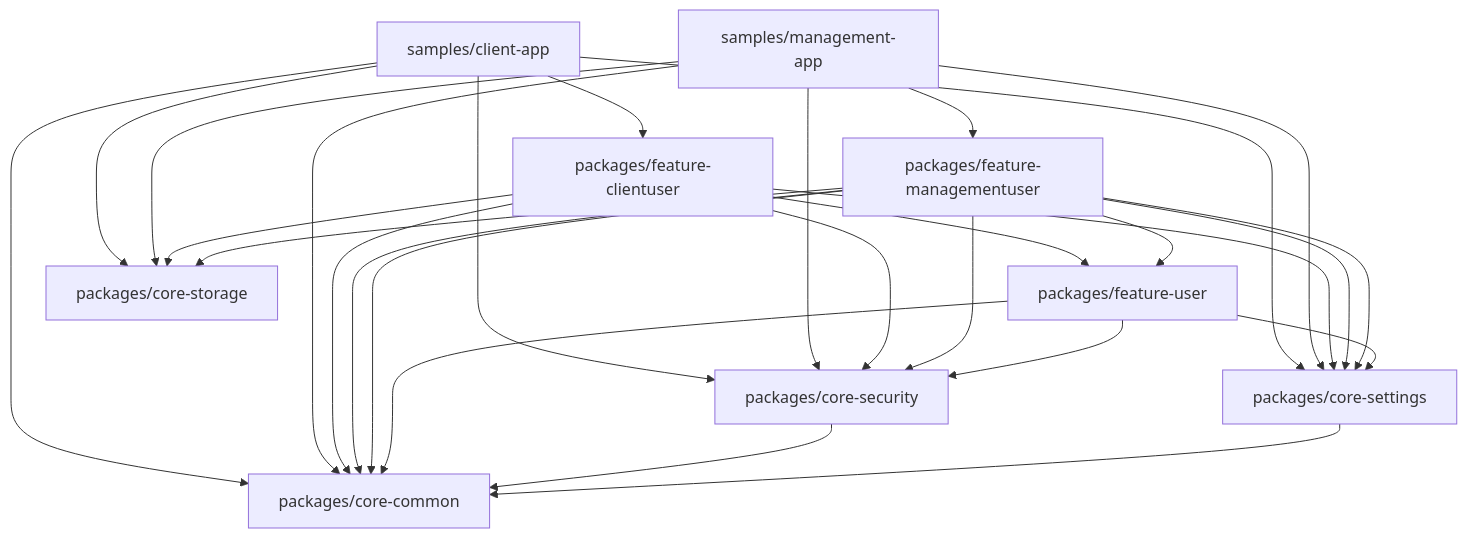
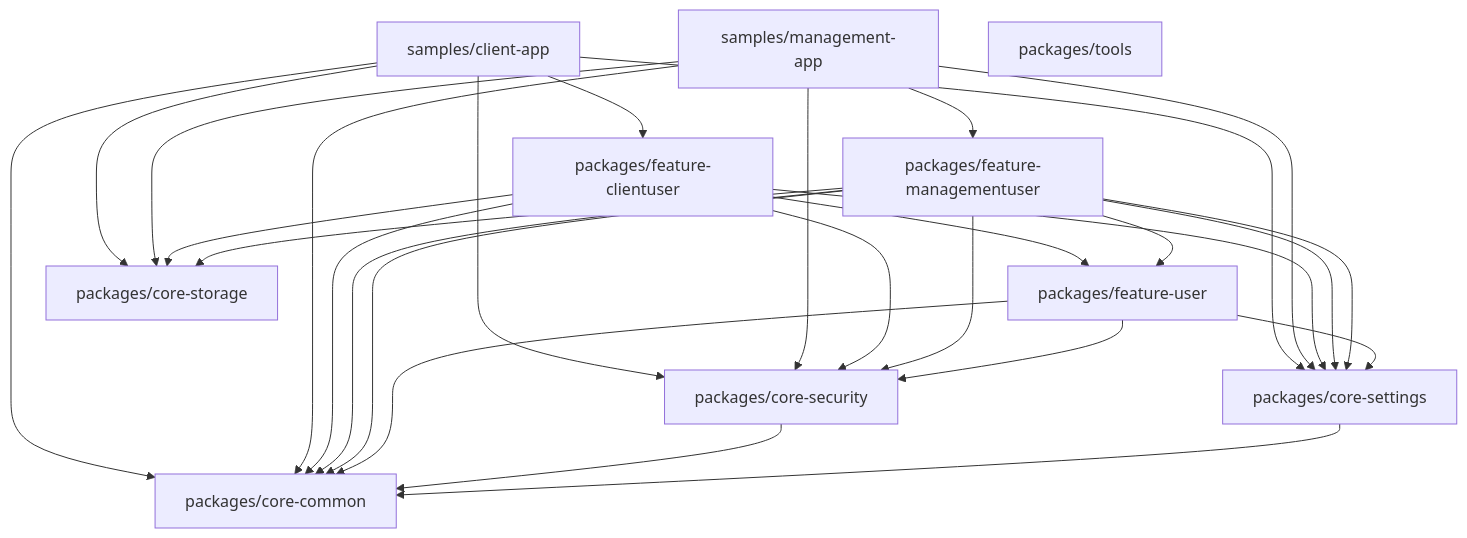
The second of 2 diagrams in ARCHITECTURE.md (mudrichenkoevgeny/web-platform-sdk), drawn with Mermaid before and after one commit. The commit also changed other lines of this file and 21 other files, not shown here.

````diff
--- a/ARCHITECTURE.md
+++ b/ARCHITECTURE.md
@@ -93,51 +94,52 @@
 ```mermaid
 graph TD
     %% Host Apps
     SampleClient["samples/client-app"]
     SampleMgmt["samples/management-app"]
 
     %% Features
     FeatureClientUser["packages/feature-clientuser"]
     FeatureMgmtUser["packages/feature-managementuser"]
     FeatureUser["packages/feature-user"]
 
-    %% Core Modules
+    %% Core Modules & Tooling
     CoreSecurity["packages/core-security"]
     CoreSettings["packages/core-settings"]
     CoreStorage["packages/core-storage"]
     CoreCommon["packages/core-common"]
+    Tools["packages/tools"]
 
     %% Dependencies
     SampleClient --> FeatureClientUser
     SampleClient --> CoreSettings
     SampleClient --> CoreSecurity
     SampleClient --> CoreStorage
     SampleClient --> CoreCommon
 
     SampleMgmt --> FeatureMgmtUser
     SampleMgmt --> CoreSettings
     SampleMgmt --> CoreSecurity
     SampleMgmt --> CoreStorage
     SampleMgmt --> CoreCommon
 
     FeatureClientUser --> FeatureUser
     FeatureClientUser --> CoreSecurity
     FeatureClientUser --> CoreSettings
     FeatureClientUser --> CoreStorage
     FeatureClientUser --> CoreCommon
 
     FeatureMgmtUser --> FeatureUser
     FeatureMgmtUser --> CoreSecurity
     FeatureMgmtUser --> CoreSettings
     FeatureMgmtUser --> CoreStorage
     FeatureMgmtUser --> CoreCommon
     FeatureMgmtUser --> CoreSettings
     FeatureMgmtUser --> CoreCommon
 
     FeatureUser --> CoreSecurity
     FeatureUser --> CoreSettings
     FeatureUser --> CoreCommon
 
     CoreSecurity --> CoreCommon
     CoreSettings --> CoreCommon
 ```
````
